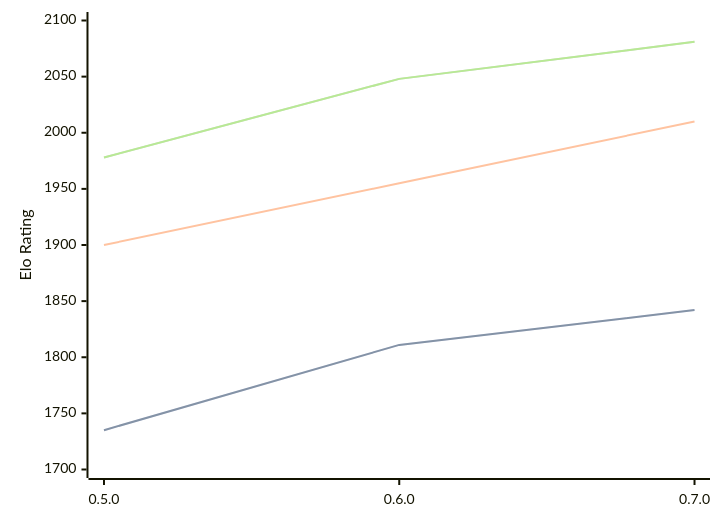
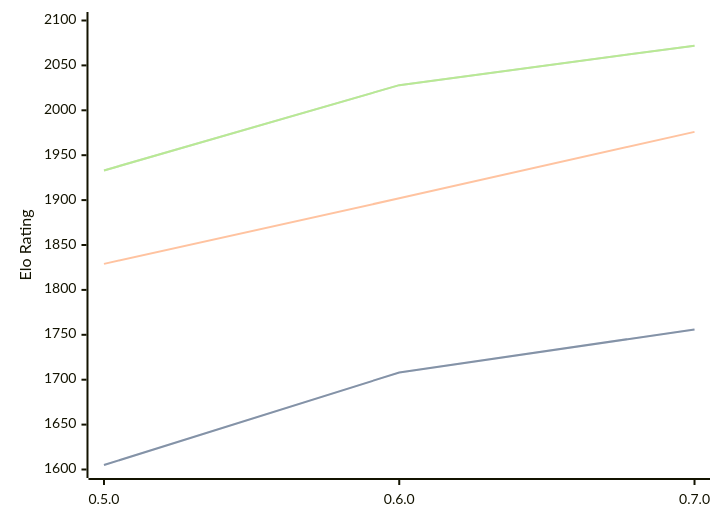
The diagram in engines/Chess-rs.md (computer-chess-index/cci), drawn with Mermaid before and after one commit. The commit also changed other lines of this file, not shown here.

Commit message:
Update CCI Ratings (ELO VLTC) - 2026-02-24

````diff
--- a/engines/Chess-rs.md
+++ b/engines/Chess-rs.md
@@ -38,11 +39,11 @@
 ```mermaid
 %%{init: {"theme":"base","themeVariables":{"seriesColors:['#a3a3a3','#222221','#faa371']}}}%%
 xychart-beta
   x-axis ["0.5.0", "0.6.0", "0.7.0"]
-  y-axis "Elo Rating" 1700 --> 2100
-  line "STC (8.0+0.08s)" [1735, 1811, 1842]
-  line "STC (8.0+0.08s)" [1735, 1811, 1842]
-  line "LTC (60.0+0.60s)" [1900, 1955, 2010]
-  line "VLTC (2m24s+1.12s)" [1978, 2048, 2081]
-  line "VLTC (2m24s+1.12s)" [1978, 2048, 2081]
+  y-axis "Elo Rating" 1600 --> 2100
+  line "STC (8.0+0.08s)" [1605, 1708, 1756]
+  line "STC (8.0+0.08s)" [1605, 1708, 1756]
+  line "LTC (60.0+0.60s)" [1829, 1902, 1976]
+  line "VLTC (2m24s+1.12s)" [1933, 2028, 2072]
+  line "VLTC (2m24s+1.12s)" [1933, 2028, 2072]
 ```
````
